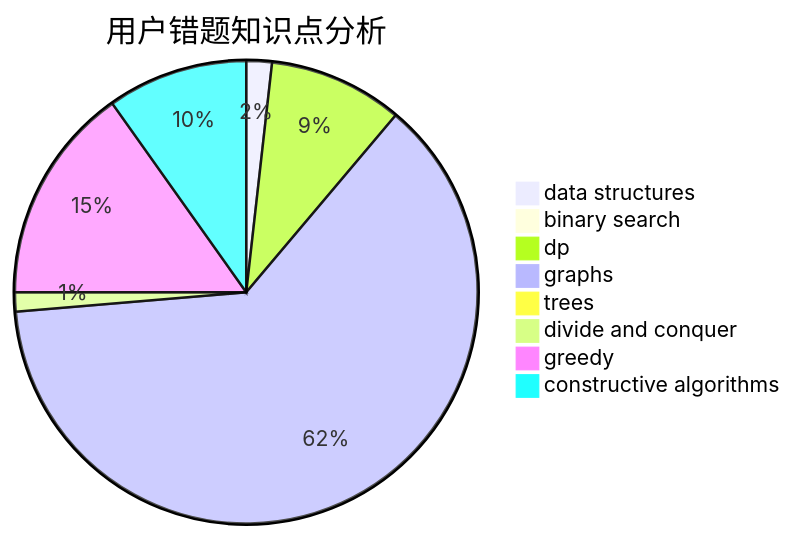
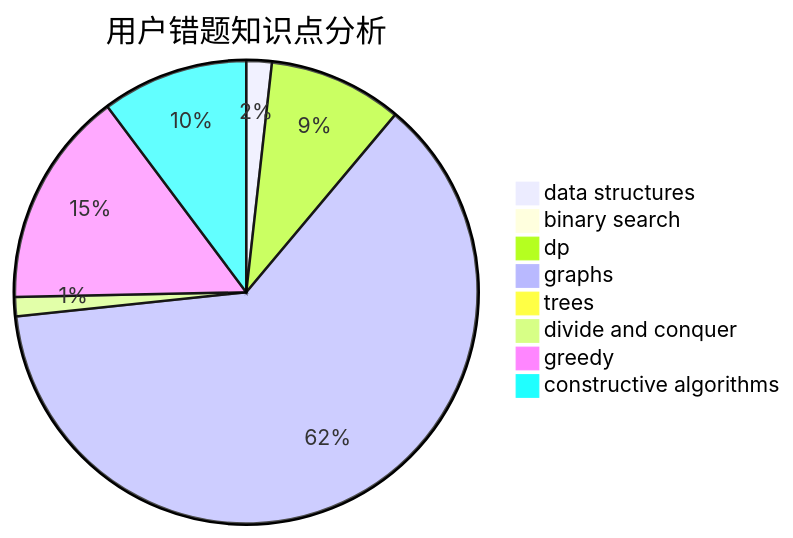
Before and after one commit to sherpahu/cfrs.github.io: the third of 3 diagrams in docs/user/u319.md, drawn with Mermaid. The commit also changed other lines of this file and 2770 other files, not shown here.

````diff
--- a/docs/user/u319.md
+++ b/docs/user/u319.md
@@ -36,11 +36,11 @@
 ```mermaid
 pie title 用户错题知识点分析
     "data structures" :  4
     "binary search" :  1
     "dp" :  21
     "graphs" :  140
     "trees" :  1
     "divide and conquer" :  3
     "greedy" :  34
-    "constructive algorithms" :  22
+    "constructive algorithms" :  23
 ```
````
